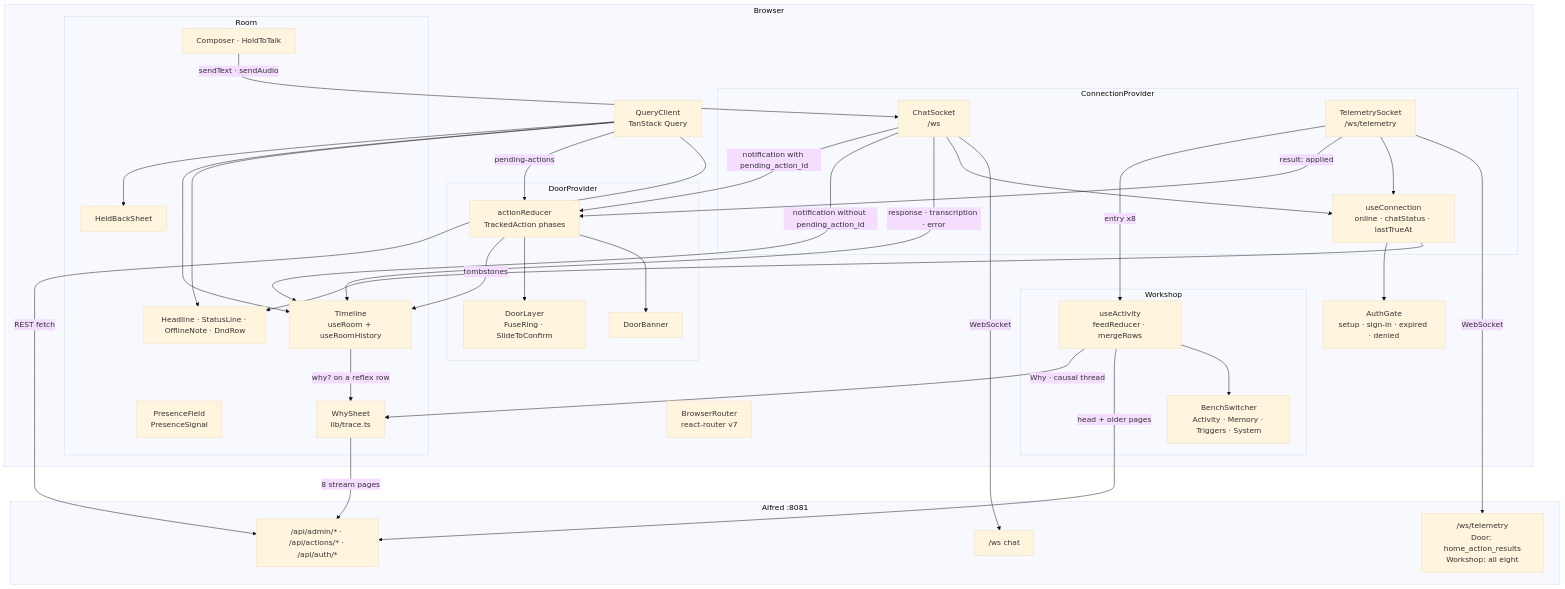
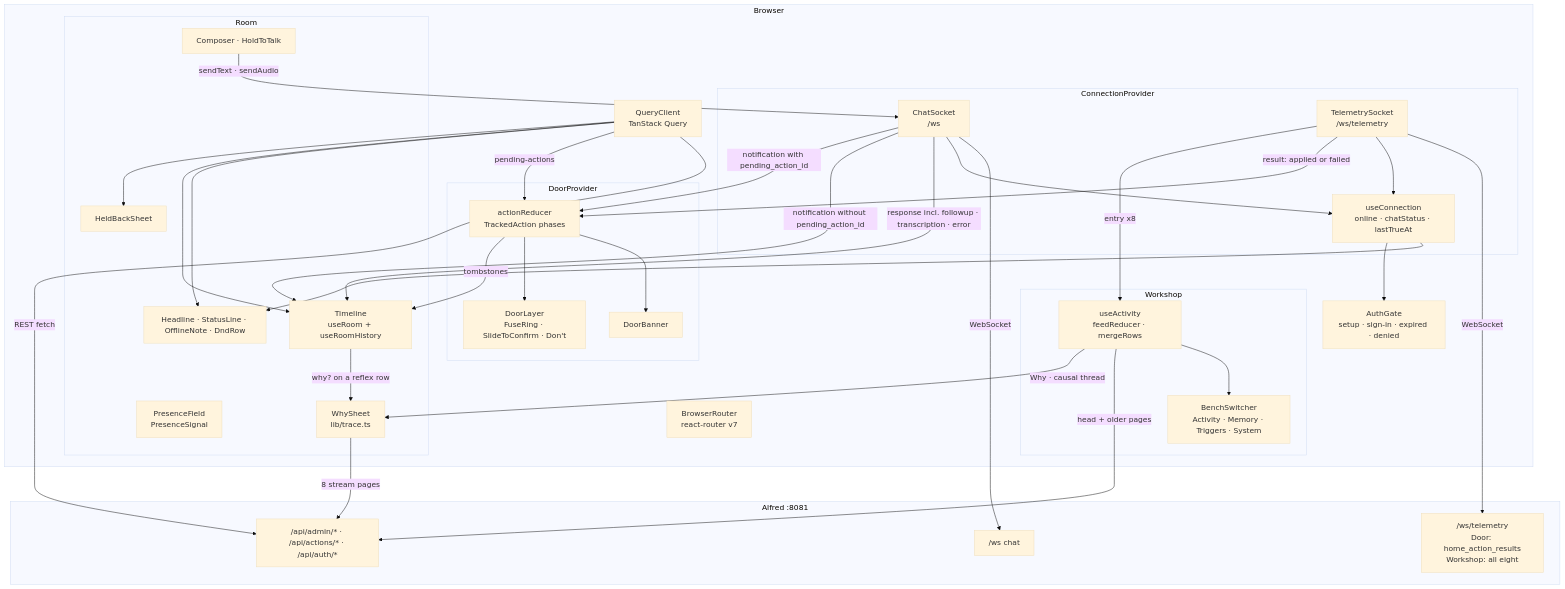
The diagram in docs/web-frontend.md (anirudhlath/alfred), drawn with Mermaid (base theme) before and after one commit. The commit also changed other lines of this file and 114 other files, not shown here.

````diff
--- a/docs/web-frontend.md
+++ b/docs/web-frontend.md
@@ -838,70 +868,70 @@
 ```mermaid
 graph TD
     subgraph Browser
         QC[QueryClient<br/>TanStack Query]
         Router[BrowserRouter<br/>react-router v7]
 
         subgraph ConnectionProvider
             ChatSock[ChatSocket<br/>/ws]
             TelSock[TelemetrySocket<br/>/ws/telemetry]
             Conn[useConnection<br/>online · chatStatus · lastTrueAt]
         end
 
         AuthGate[AuthGate<br/>setup · sign-in · expired · denied]
 
         subgraph Room
             Presence[PresenceField<br/>PresenceSignal]
             Head[Headline · StatusLine · OfflineNote · DndRow]
             TL[Timeline<br/>useRoom + useRoomHistory]
             Comp[Composer · HoldToTalk]
             Sheet[HeldBackSheet]
             Why[WhySheet<br/>lib/trace.ts]
         end
 
         subgraph Workshop
             Bench[BenchSwitcher<br/>Activity · Memory · Triggers · System]
             Feed[useActivity<br/>feedReducer · mergeRows]
         end
 
         subgraph DoorProvider
             Reducer[actionReducer<br/>TrackedAction phases]
             Banner[DoorBanner]
-            Layer[DoorLayer<br/>FuseRing · SlideToConfirm]
+            Layer["DoorLayer<br/>FuseRing · SlideToConfirm · Don't"]
         end
     end
 
     subgraph "Alfred :8081"
         WS_CHAT["/ws chat"]
         WS_TEL["/ws/telemetry<br/>Door: home_action_results<br/>Workshop: all eight"]
         REST["/api/admin/* · /api/actions/* · /api/auth/*"]
     end
 
     ChatSock -->|WebSocket| WS_CHAT
     TelSock  -->|WebSocket| WS_TEL
     QC       -->|REST fetch| REST
 
     ChatSock --> Conn
     TelSock  --> Conn
     Conn --> Head
     Conn --> AuthGate
 
-    ChatSock -->|response · transcription · error| TL
+    ChatSock -->|response incl. followup · transcription · error| TL
     ChatSock -->|notification without pending_action_id| TL
     ChatSock -->|notification with pending_action_id| Reducer
-    TelSock  -->|result: applied| Reducer
+    TelSock  -->|result: applied or failed| Reducer
     TelSock  -->|entry x8| Feed
     QC       -->|pending-actions| Reducer
     Feed --> Bench
     Feed -->|head + older pages| REST
     TL   -->|why? on a reflex row| Why
     Feed -->|Why · causal thread| Why
     Why  -->|8 stream pages| REST
 
     QC --> Head
     QC --> TL
     QC --> Sheet
     Reducer --> Banner
     Reducer --> Layer
     Reducer -->|tombstones| TL
     Comp -->|sendText · sendAudio| ChatSock
 ```
````
